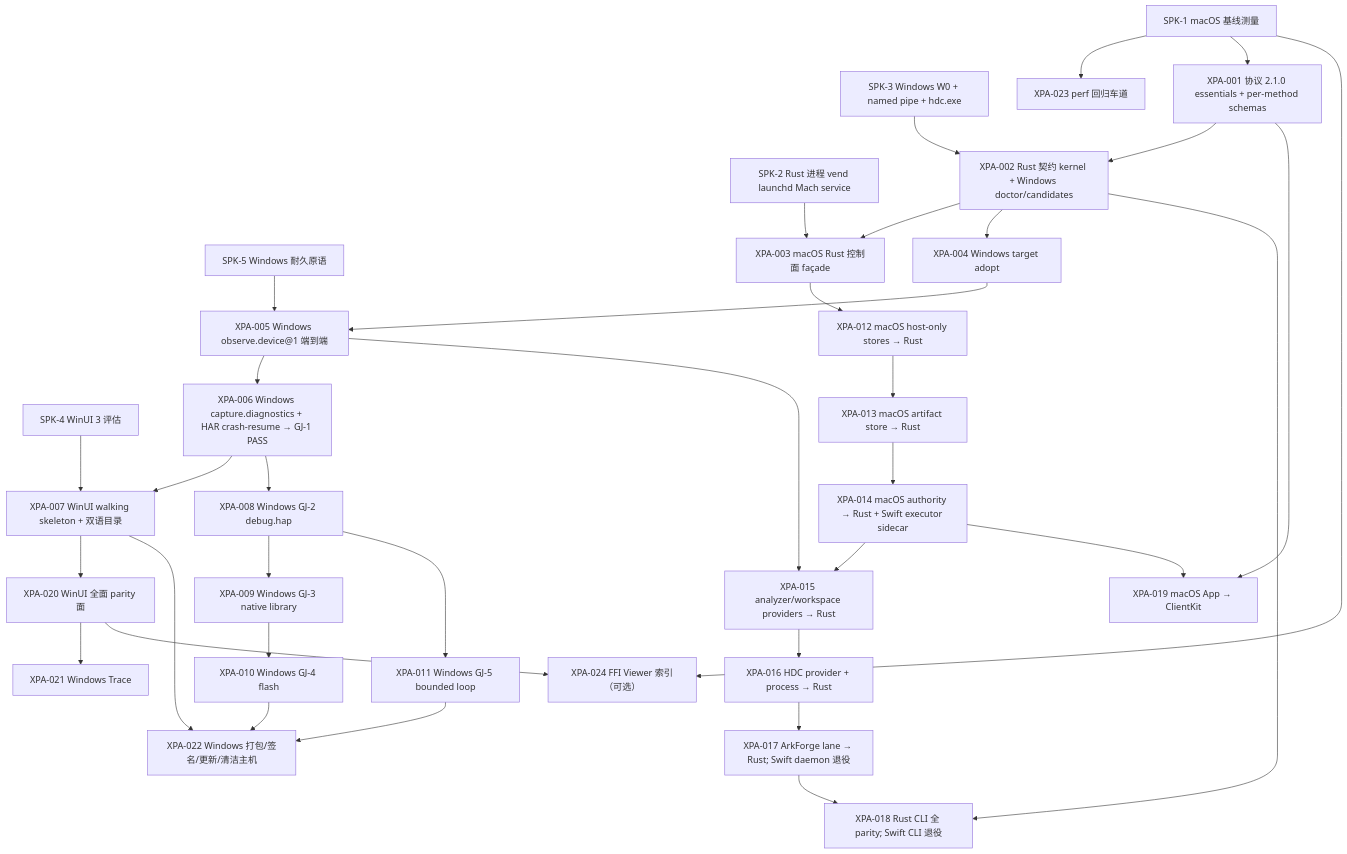
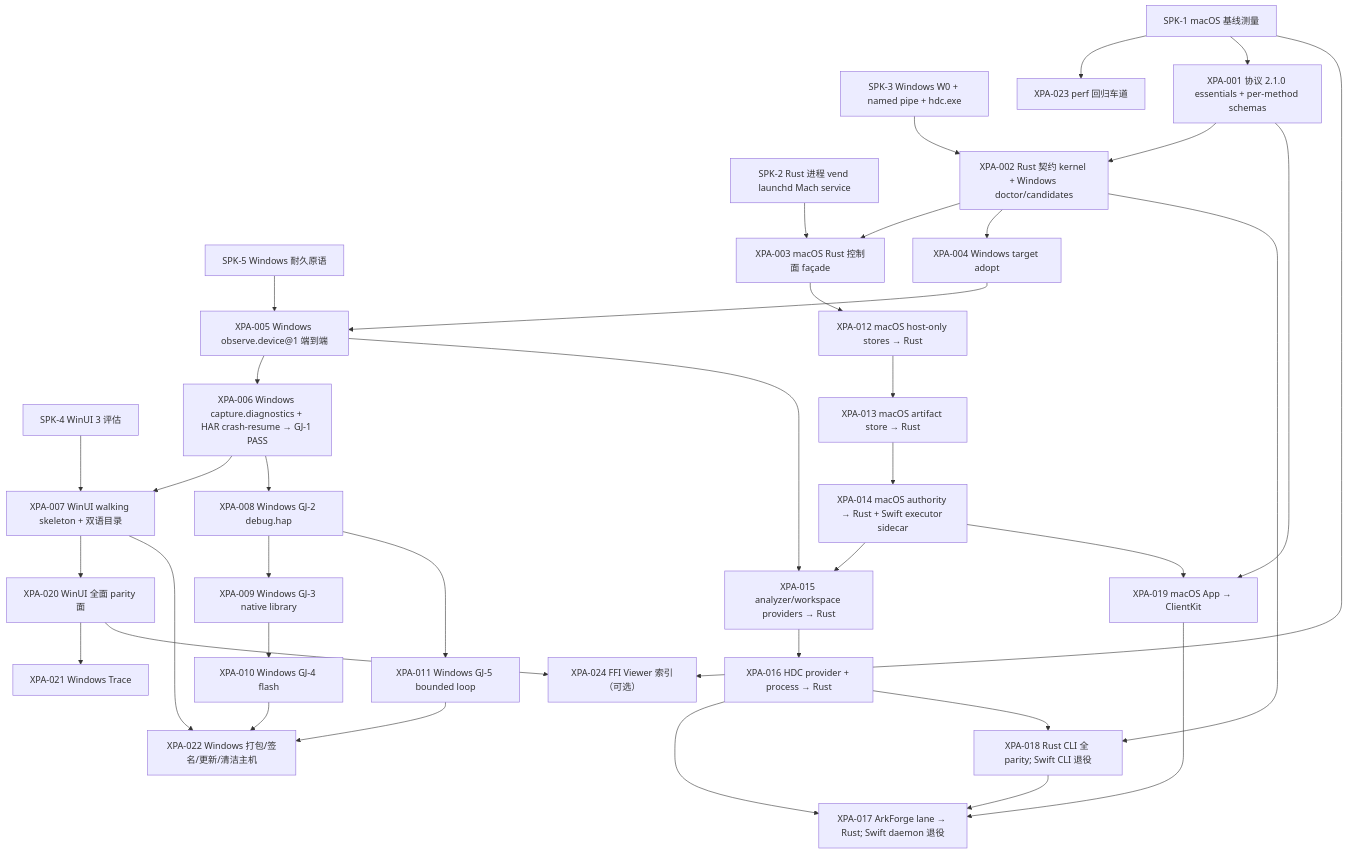
Before and after one commit to ArkDeck/ArkDeck: the sixth of 6 diagrams in docs/design/cross-platform/rust-core-cross-platform-architecture.md, drawn with Mermaid. The commit also changed other lines of this file and 4 other files, not shown here.

````diff
--- a/docs/design/cross-platform/rust-core-cross-platform-architecture.md
+++ b/docs/design/cross-platform/rust-core-cross-platform-architecture.md
@@ -669,58 +671,61 @@
 ```mermaid
 flowchart TD
   SPK1[SPK-1 macOS 基线测量]
   SPK2[SPK-2 Rust 进程 vend launchd Mach service]
   SPK3[SPK-3 Windows W0 + named pipe + hdc.exe]
   SPK4[SPK-4 WinUI 3 评估]
   SPK5[SPK-5 Windows 耐久原语]
   X001[XPA-001 协议 2.1.0 essentials + per-method schemas]
   X002[XPA-002 Rust 契约 kernel + Windows doctor/candidates]
   X003[XPA-003 macOS Rust 控制面 façade]
   X004[XPA-004 Windows target adopt]
   X005[XPA-005 Windows observe.device@1 端到端]
   X006[XPA-006 Windows capture.diagnostics + HAR crash-resume → GJ-1 PASS]
   X007[XPA-007 WinUI walking skeleton + 双语目录]
   X008[XPA-008 Windows GJ-2 debug.hap]
   X009[XPA-009 Windows GJ-3 native library]
   X010[XPA-010 Windows GJ-4 flash]
   X011[XPA-011 Windows GJ-5 bounded loop]
   X012[XPA-012 macOS host-only stores → Rust]
   X013[XPA-013 macOS artifact store → Rust]
   X014[XPA-014 macOS authority → Rust + Swift executor sidecar]
   X015[XPA-015 analyzer/workspace providers → Rust]
   X016[XPA-016 HDC provider + process → Rust]
   X017[XPA-017 ArkForge lane → Rust; Swift daemon 退役]
   X018[XPA-018 Rust CLI 全 parity; Swift CLI 退役]
   X019[XPA-019 macOS App → ClientKit]
   X020[XPA-020 WinUI 全面 parity 面]
   X021[XPA-021 Windows Trace]
   X022[XPA-022 Windows 打包/签名/更新/清洁主机]
   X023[XPA-023 perf 回归车道]
   X024[XPA-024 FFI Viewer 索引（可选）]
   SPK1 --> X023
   SPK1 --> X001
   X001 --> X002
   SPK3 --> X002
   SPK5 --> X005
   X002 --> X003
   SPK2 --> X003
   X002 --> X004 --> X005 --> X006
   SPK4 --> X007
   X006 --> X007
   X006 --> X008 --> X009 --> X010
   X008 --> X011
   X003 --> X012 --> X013 --> X014
-  X014 --> X015 --> X016 --> X017
+  X014 --> X015 --> X016
+  X016 --> X017
+  X018 --> X017
+  X019 --> X017
   X005 --> X015
   X002 --> X018
-  X017 --> X018
+  X016 --> X018
   X001 --> X019
   X014 --> X019
   X007 --> X020
   X020 --> X021
   X007 --> X022
   X010 --> X022
   X011 --> X022
   SPK1 --> X024
   X020 --> X024
 ```
````
